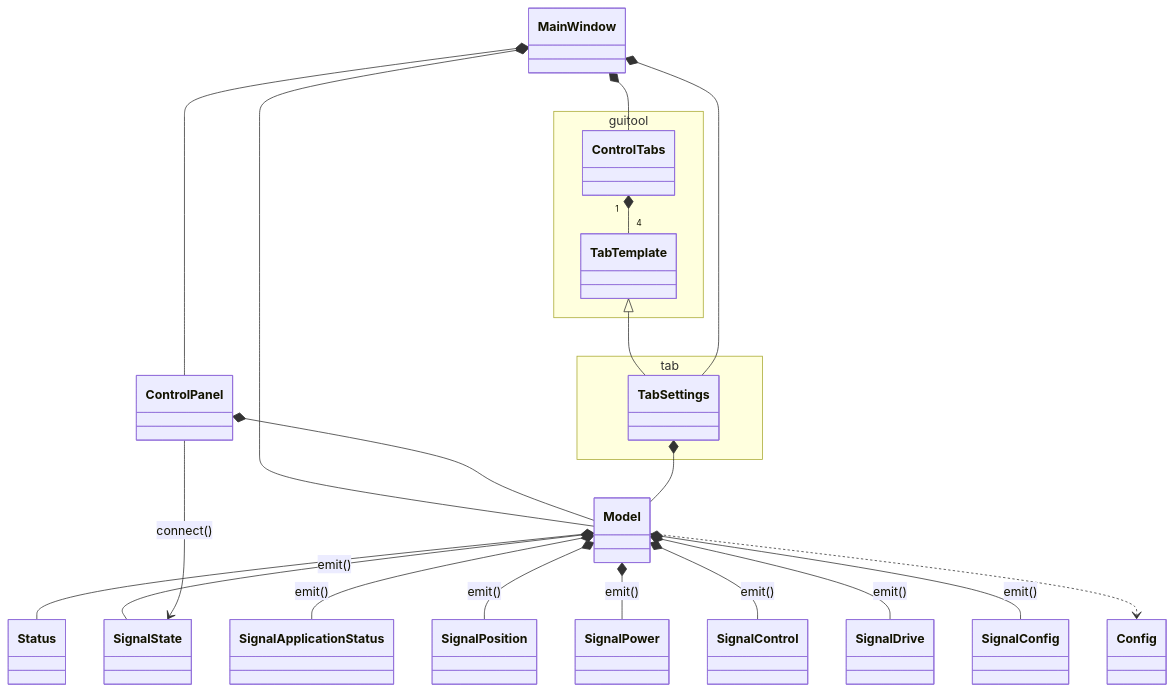
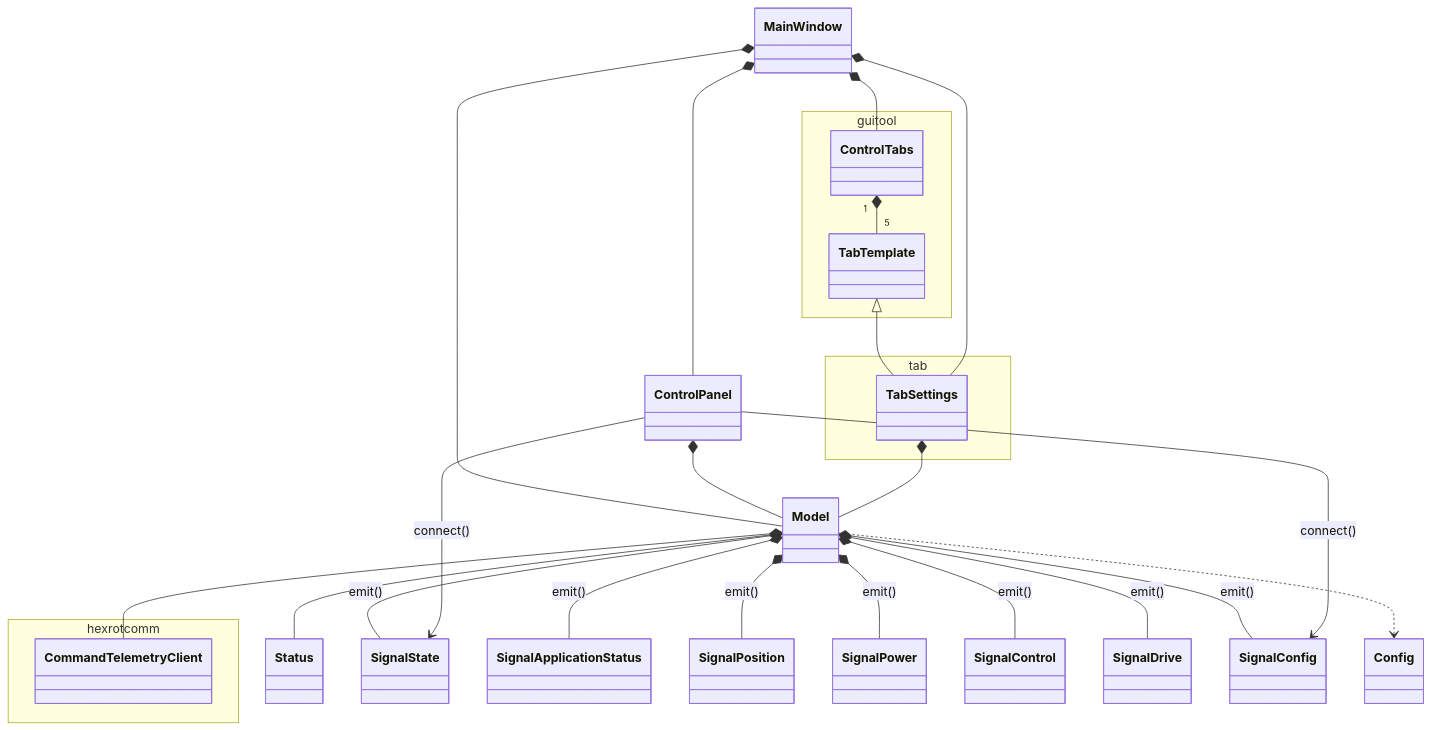
One commit to lsst-ts/ts_hexgui changed the diagram in doc/uml/class_hexgui.mmd. Above: the diagram before and after it, drawn with Mermaid. The commit also changed 5 other files, not shown here.

```diff
--- a/doc/uml/class_hexgui.mmd
+++ b/doc/uml/class_hexgui.mmd
@@ -1,34 +1,40 @@
 classDiagram
+
+namespace hexrotcomm {
+  class CommandTelemetryClient
+}
 
 namespace guitool {
   class ControlTabs
   class TabTemplate
 }
 
 namespace tab {
   class TabSettings
 }
 
 TabTemplate <|-- TabSettings
 
 MainWindow *-- Model
 MainWindow *-- ControlTabs
 MainWindow *-- ControlPanel
 MainWindow *-- TabSettings
 
+Model *-- CommandTelemetryClient
 Model *-- Status
 Model *-- SignalState : emit()
 Model *-- SignalApplicationStatus : emit()
 Model *-- SignalPosition : emit()
 Model *-- SignalPower : emit()
 Model *-- SignalControl : emit()
 Model *-- SignalDrive : emit()
 Model *-- SignalConfig : emit()
 Model ..> Config
 
 ControlPanel *-- Model
 ControlPanel --> SignalState : connect()
+ControlPanel --> SignalConfig : connect()
 
 TabSettings *-- Model
 
-ControlTabs "1" *-- "4" TabTemplate
+ControlTabs "1" *-- "5" TabTemplate
```
